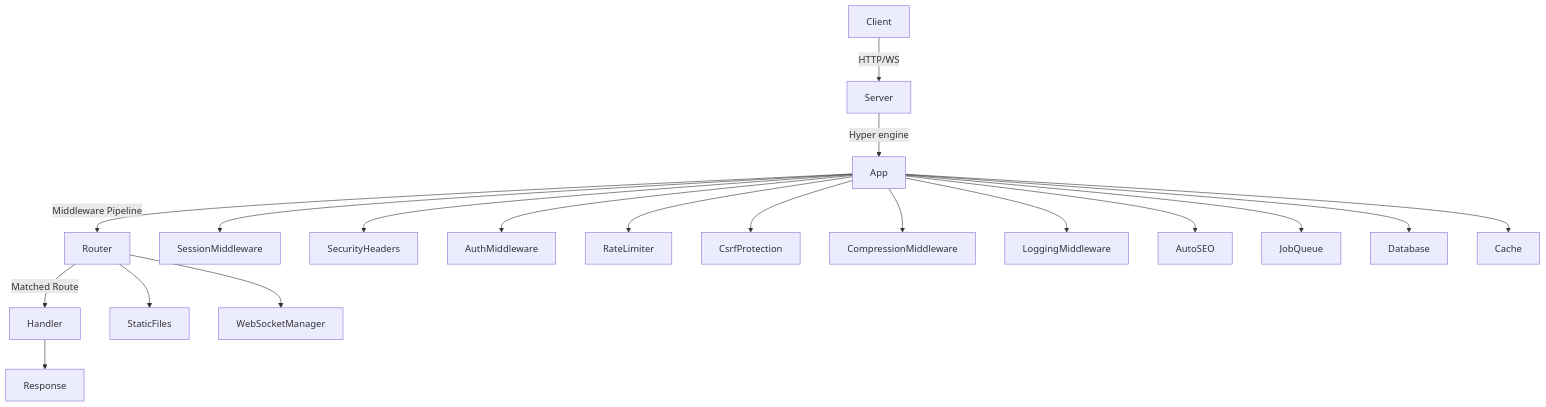
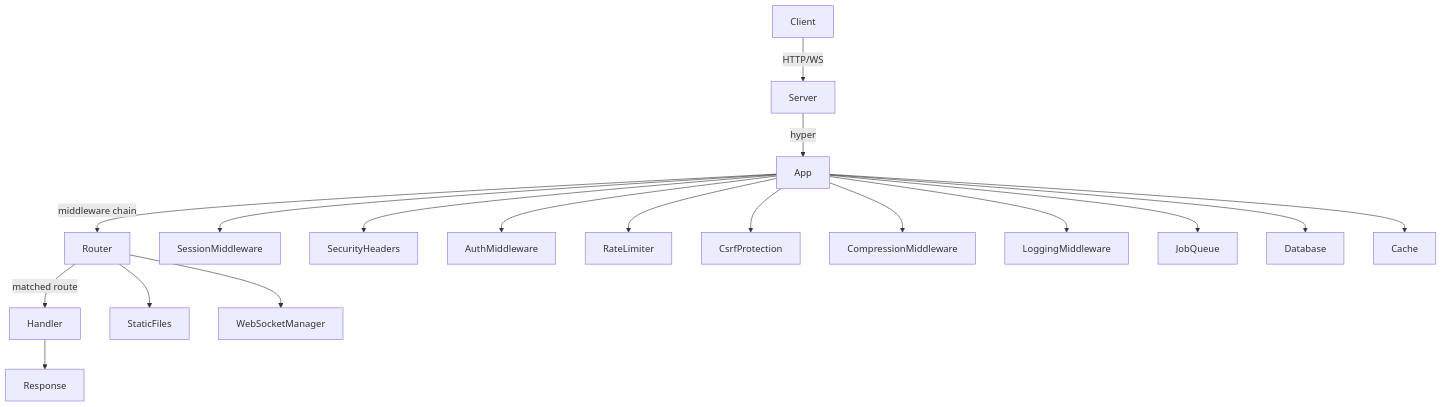
One commit to sazalo101/yaiko changed the diagram in BOOK.md. Above: the diagram before and after it, drawn with Mermaid. The commit also changed other lines of this file, not shown here.

````diff
--- a/BOOK.md
+++ b/BOOK.md
@@ -26,21 +25,20 @@
 ```mermaid
 graph TB
     Client-->|HTTP/WS|Server
-    Server-->|Hyper engine|App
-    App-->|Middleware Pipeline|Router
-    Router-->|Matched Route|Handler
+    Server-->|hyper|App
+    App-->|middleware chain|Router
+    Router-->|matched route|Handler
     Handler-->Response
     App-->SessionMiddleware
     App-->SecurityHeaders
     App-->AuthMiddleware
     App-->RateLimiter
     App-->CsrfProtection
     App-->CompressionMiddleware
     App-->LoggingMiddleware
-    App-->AutoSEO
     Router-->StaticFiles
     Router-->WebSocketManager
     App-->JobQueue
     App-->Database
     App-->Cache
 ```
````
